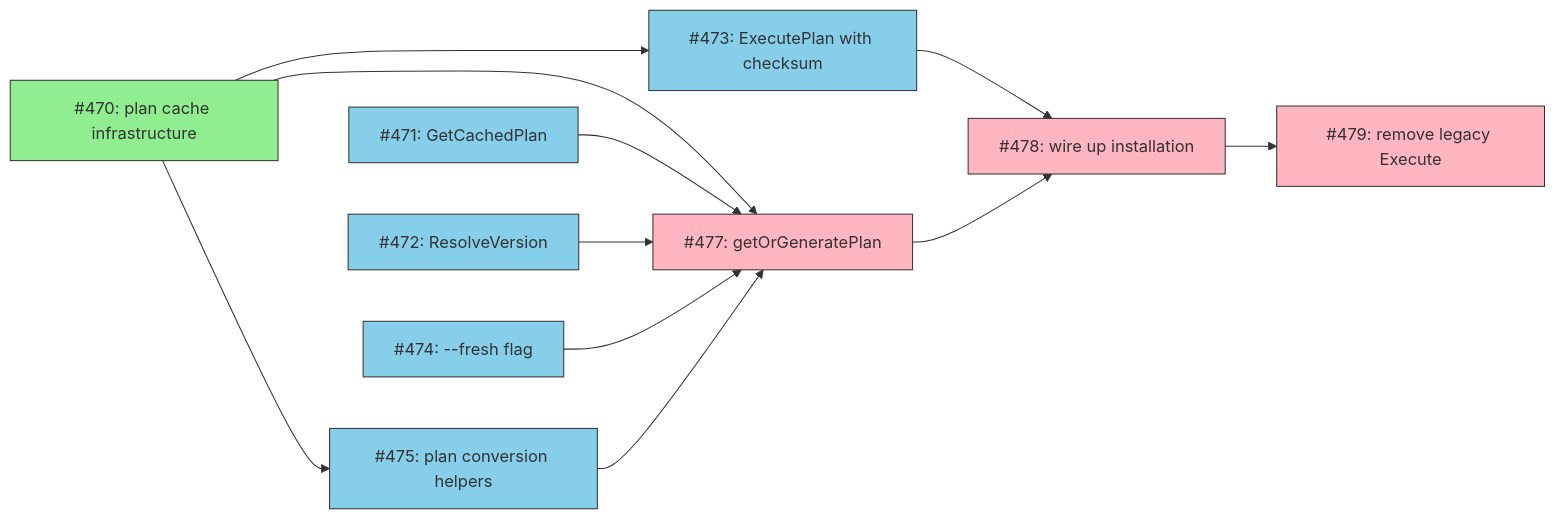
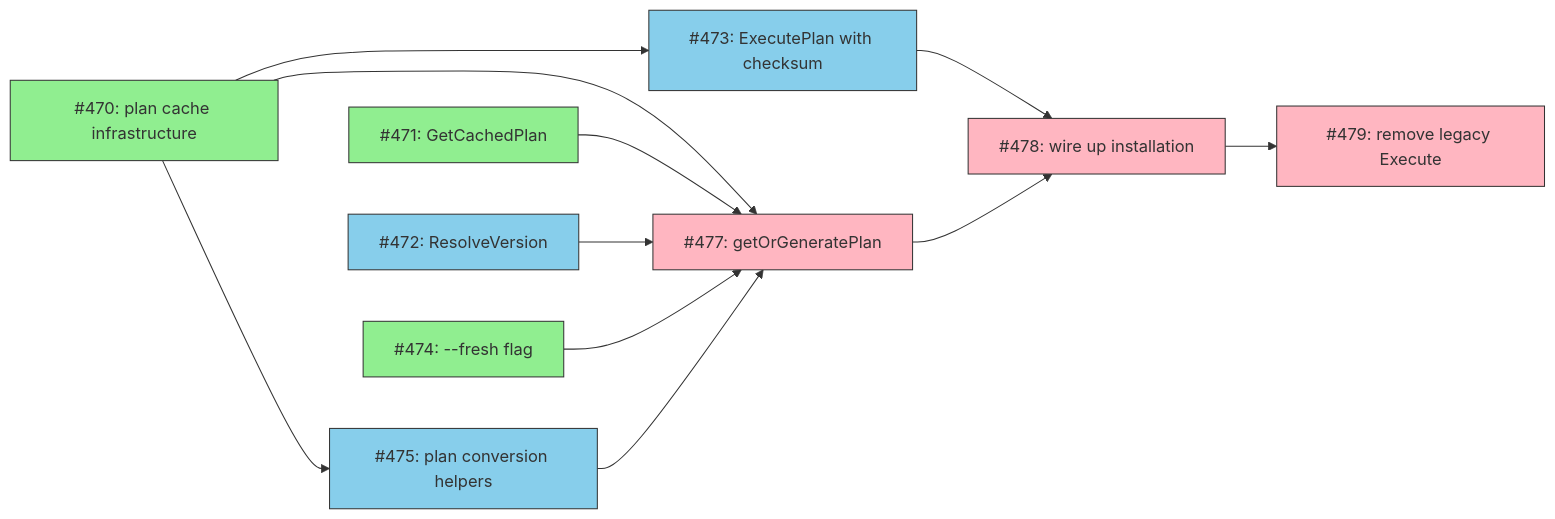
Before and after one commit to tsukumogami/tsuku: the diagram in docs/DESIGN-deterministic-execution.md, drawn with Mermaid. The commit also changed 2 other files, not shown here.

Commit message:
feat(cli): add --fresh flag to install command (#483)
## Summary
- Add `--fresh` flag to `tsuku install` command to bypass plan cache and
force artifact re-verification
- Add flag parsing test to verify the flag is registered correctly

Fixes #474

````diff
--- a/docs/DESIGN-deterministic-execution.md
+++ b/docs/DESIGN-deterministic-execution.md
@@ -27,17 +27,17 @@
 ```mermaid
 graph LR
     classDef done fill:#90EE90,stroke:#333
     classDef ready fill:#87CEEB,stroke:#333
     classDef blocked fill:#FFB6C1,stroke:#333
 
     I470[#470: plan cache infrastructure]:::done --> I473[#473: ExecutePlan with checksum]:::ready
     I470 --> I475[#475: plan conversion helpers]:::ready
     I470 --> I477[#477: getOrGeneratePlan]:::blocked
-    I471[#471: GetCachedPlan]:::ready --> I477
+    I471[#471: GetCachedPlan]:::done --> I477
     I472[#472: ResolveVersion]:::ready --> I477
-    I474[#474: --fresh flag]:::ready --> I477
+    I474[#474: --fresh flag]:::done --> I477
     I475 --> I477
     I473 --> I478[#478: wire up installation]:::blocked
     I477 --> I478
     I478 --> I479[#479: remove legacy Execute]:::blocked
 ```
````
